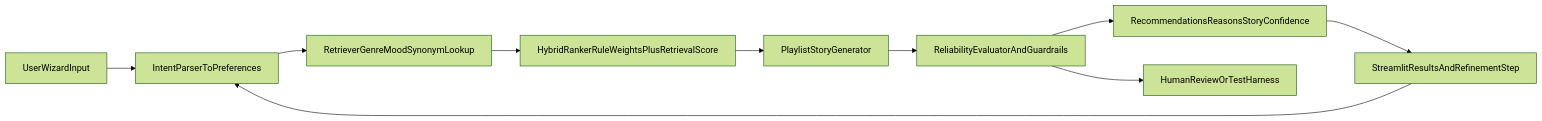
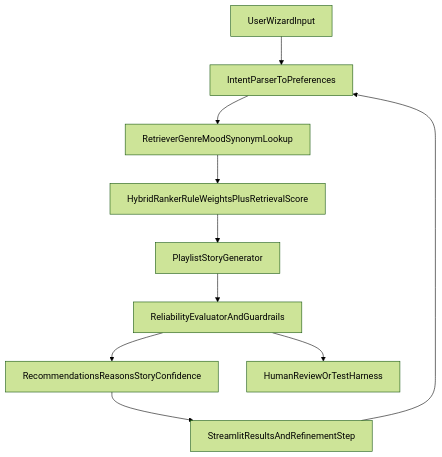
One commit to akgupta2002D/advanced-ai-music-recommendar changed the diagram in assets/system_architecture.md. Above: the diagram before and after it, drawn with Mermaid (forest theme). The commit also changed 1 other file, not shown here.

Commit message:
docs: improve README checklist and verticalize architecture diagram
Clarify quick demo and submission checklist steps in the README and switch the system architecture Mermaid flow to top-down for cleaner readability.

````diff
--- a/assets/system_architecture.md
+++ b/assets/system_architecture.md
@@ -3,12 +3,12 @@
 ```mermaid
-flowchart LR
+flowchart TD
   userInput[UserWizardInput] --> parser[IntentParserToPreferences]
   parser --> retrieval[RetrieverGenreMoodSynonymLookup]
   retrieval --> ranking[HybridRankerRuleWeightsPlusRetrievalScore]
   ranking --> storyGen[PlaylistStoryGenerator]
   storyGen --> evaluator[ReliabilityEvaluatorAndGuardrails]
   evaluator --> output[RecommendationsReasonsStoryConfidence]
   output --> ui[StreamlitResultsAndRefinementStep]
   ui --> parser
   evaluator --> humanCheck[HumanReviewOrTestHarness]
 ```
````
